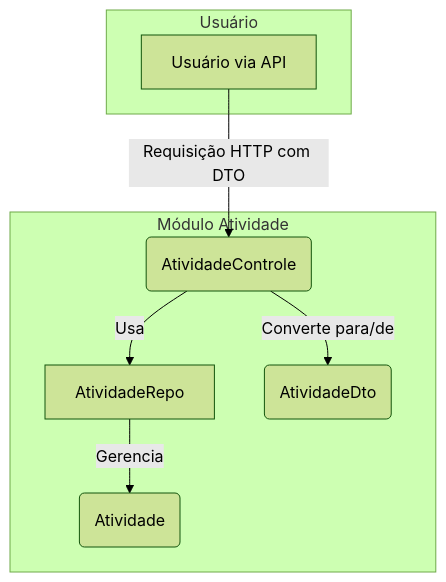
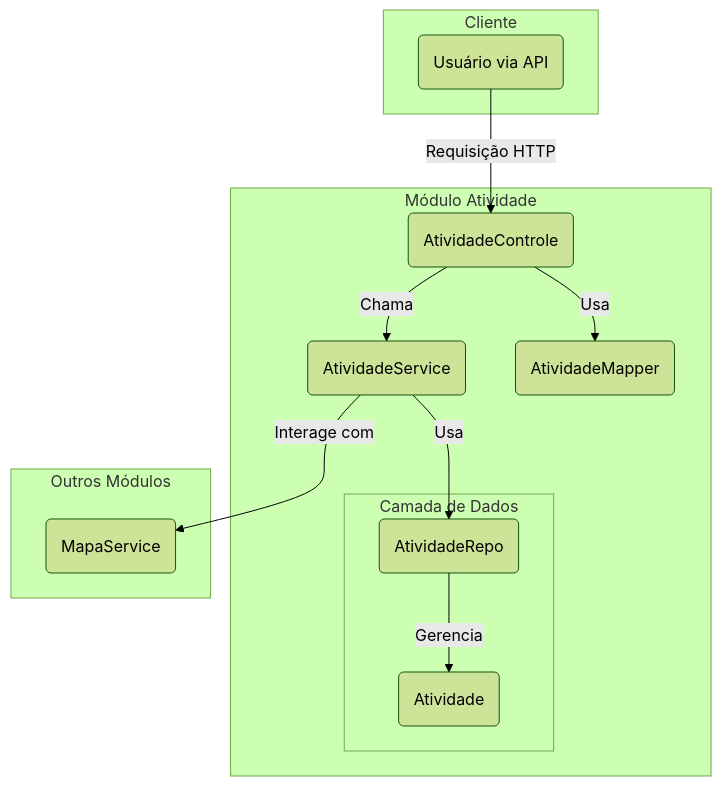
Before and after one commit to lgalvao/sgc: the diagram in backend/src/main/java/sgc/atividade/README.md, drawn with Mermaid (forest theme). The commit also changed other lines of this file and 23 other files, not shown here.

First line of the commit message:
docs: Update all backend READMEs and add Mermaid diagrams

````diff
--- a/backend/src/main/java/sgc/atividade/README.md
+++ b/backend/src/main/java/sgc/atividade/README.md
@@ -36,18 +18,29 @@
 ```mermaid
 graph TD
-    subgraph "Usuário"
-        A[Usuário via API]
+    subgraph "Cliente"
+        UsuarioAPI(Usuário via API)
     end
 
     subgraph "Módulo Atividade"
-        B(AtividadeControle)
-        C[AtividadeRepo]
-        D(Atividade)
-        E(AtividadeDto)
+        AtividadeControle(AtividadeControle)
+        AtividadeService(AtividadeService)
+        AtividadeMapper(AtividadeMapper)
+
+        subgraph "Camada de Dados"
+            AtividadeRepo(AtividadeRepo)
+            Atividade(Atividade)
+        end
     end
 
-    A -- Requisição HTTP com DTO --> B
-    B -- Usa --> C
-    C -- Gerencia --> D
-    B -- Converte para/de --> E
+    subgraph "Outros Módulos"
+        MapaService(MapaService)
+    end
+
+    UsuarioAPI -- Requisição HTTP --> AtividadeControle
+    AtividadeControle -- Chama --> AtividadeService
+    AtividadeControle -- Usa --> AtividadeMapper
+
+    AtividadeService -- Usa --> AtividadeRepo
+    AtividadeService -- Interage com --> MapaService
+    AtividadeRepo -- Gerencia --> Atividade
 ```
````
